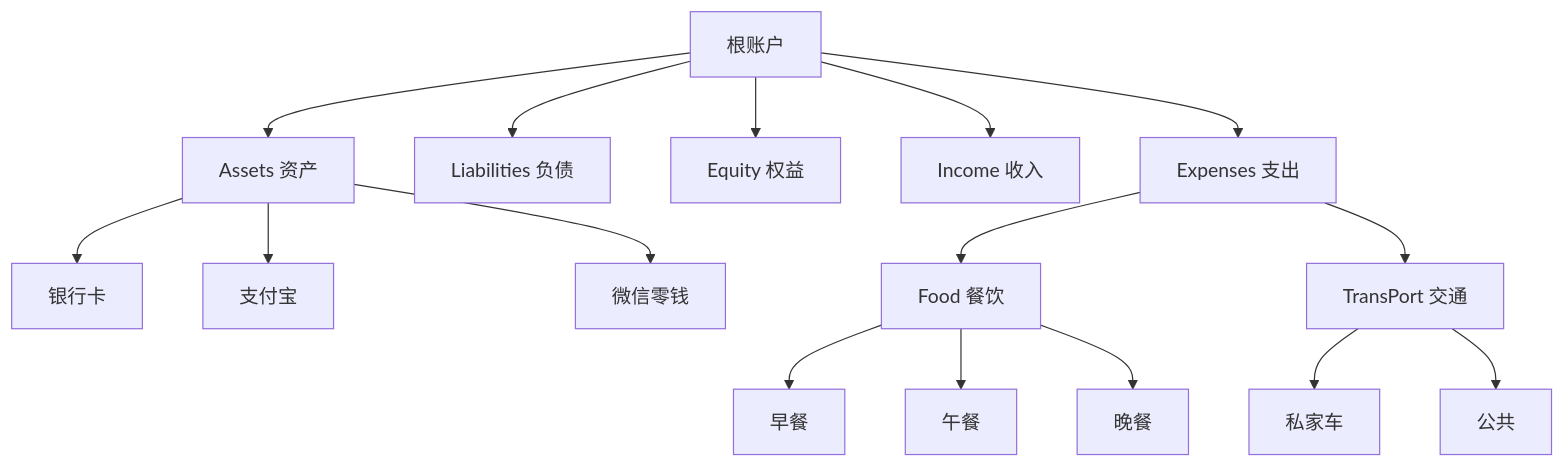
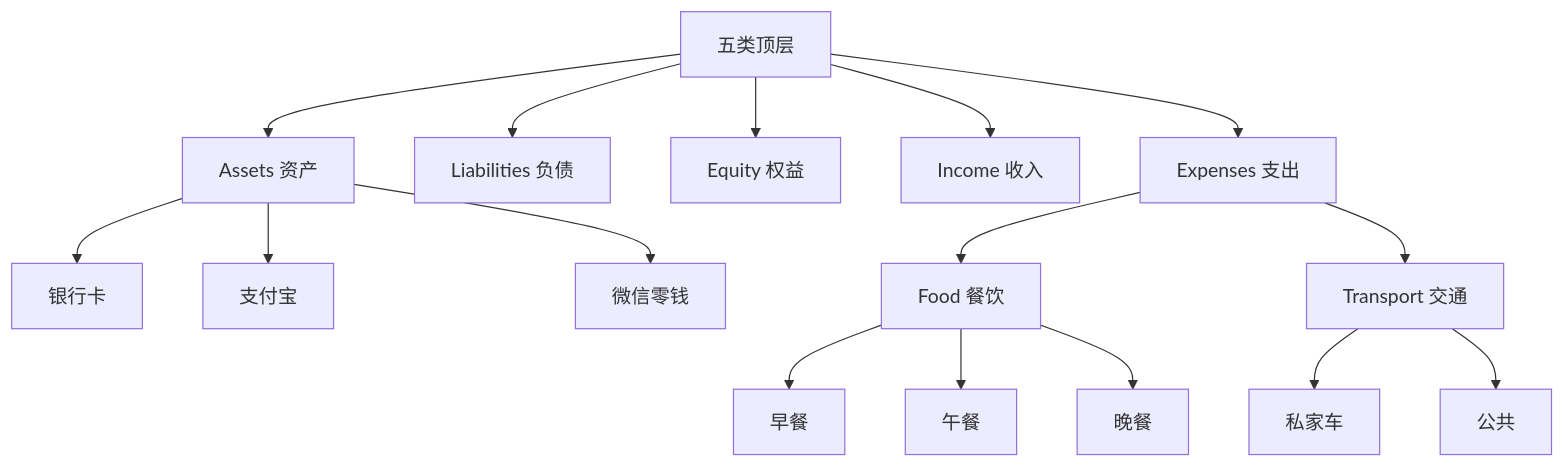
The diagram in docs/99-归档/02-账户.md (dhr2333/Beancount-Trans-Docs), drawn with Mermaid before and after one commit. The commit also changed other lines of this file and 17 other files, not shown here.

````diff
--- a/docs/99-归档/02-账户.md
+++ b/docs/99-归档/02-账户.md
@@ -30,21 +31,21 @@
 ```mermaid
 graph TD
-    A[根账户] --> B[Assets 资产]
-    A --> C[Liabilities 负债] 
+    A[五类顶层] --> B[Assets 资产]
+    A --> C[Liabilities 负债]
     A --> D[Equity 权益]
     A --> E[Income 收入]
     A --> F[Expenses 支出]
 
     B --> B1[银行卡]
     B --> B2[支付宝]
     B --> B3[微信零钱]
 
     F --> F1[Food 餐饮]
     F1 --> F11[早餐]
     F1 --> F12[午餐]
     F1 --> F13[晚餐]
 
-    F --> T1[TransPort 交通]
+    F --> T1[Transport 交通]
     T1 --> T11[私家车]
     T1 --> T12[公共]
 ```
````
